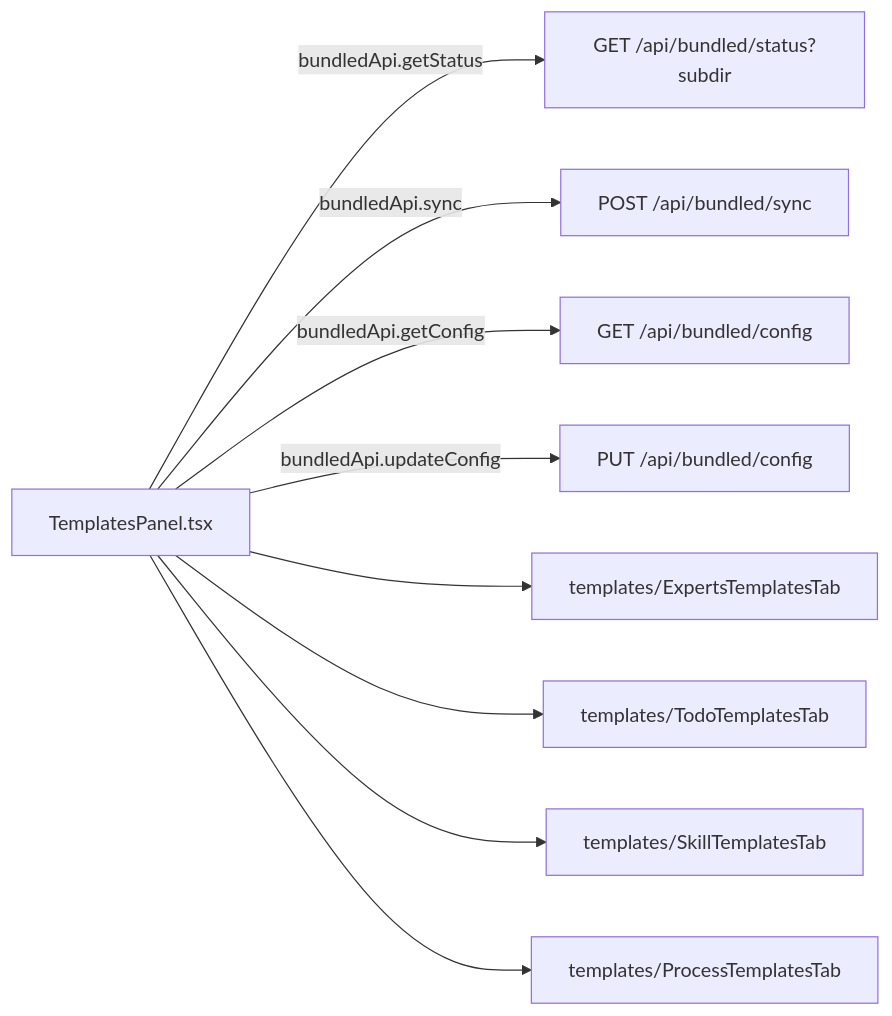
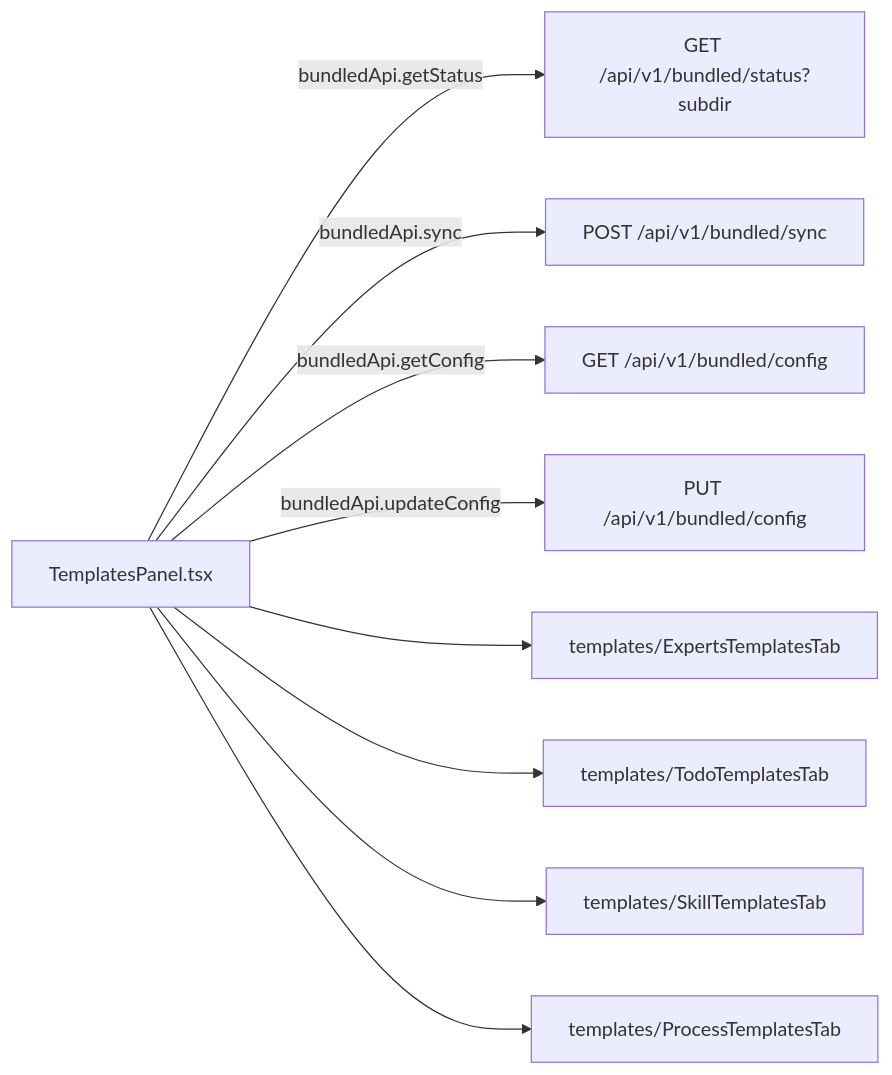
The first of 4 diagrams in frontend/src/help/pages/settings-tab-templates.md (weibaohui/ntd), drawn with Mermaid before and after one commit. The commit also changed other lines of this file and 14 other files, not shown here.

````diff
--- a/frontend/src/help/pages/settings-tab-templates.md
+++ b/frontend/src/help/pages/settings-tab-templates.md
@@ -8,11 +8,11 @@
 ```mermaid
 flowchart LR
-  TemplatesPanel["TemplatesPanel.tsx"] -->|"bundledApi.getStatus"| API1["GET /api/bundled/status?subdir"]
-  TemplatesPanel -->|"bundledApi.sync"| API2["POST /api/bundled/sync"]
-  TemplatesPanel -->|"bundledApi.getConfig"| API3["GET /api/bundled/config"]
-  TemplatesPanel -->|"bundledApi.updateConfig"| API4["PUT /api/bundled/config"]
+  TemplatesPanel["TemplatesPanel.tsx"] -->|"bundledApi.getStatus"| API1["GET /api/v1/bundled/status?subdir"]
+  TemplatesPanel -->|"bundledApi.sync"| API2["POST /api/v1/bundled/sync"]
+  TemplatesPanel -->|"bundledApi.getConfig"| API3["GET /api/v1/bundled/config"]
+  TemplatesPanel -->|"bundledApi.updateConfig"| API4["PUT /api/v1/bundled/config"]
   TemplatesPanel --> ExpertsTemplatesTab["templates/ExpertsTemplatesTab"]
   TemplatesPanel --> TodoTemplatesTab["templates/TodoTemplatesTab"]
   TemplatesPanel --> SkillTemplatesTab["templates/SkillTemplatesTab"]
   TemplatesPanel --> ProcessTemplatesTab["templates/ProcessTemplatesTab"]
 ```
````
